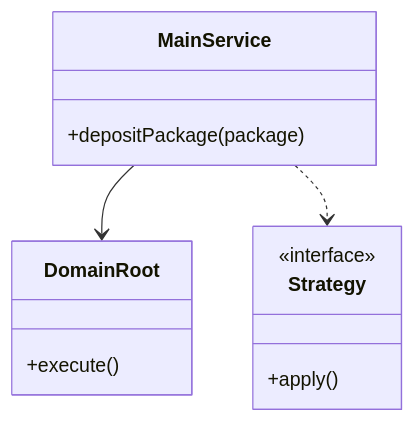
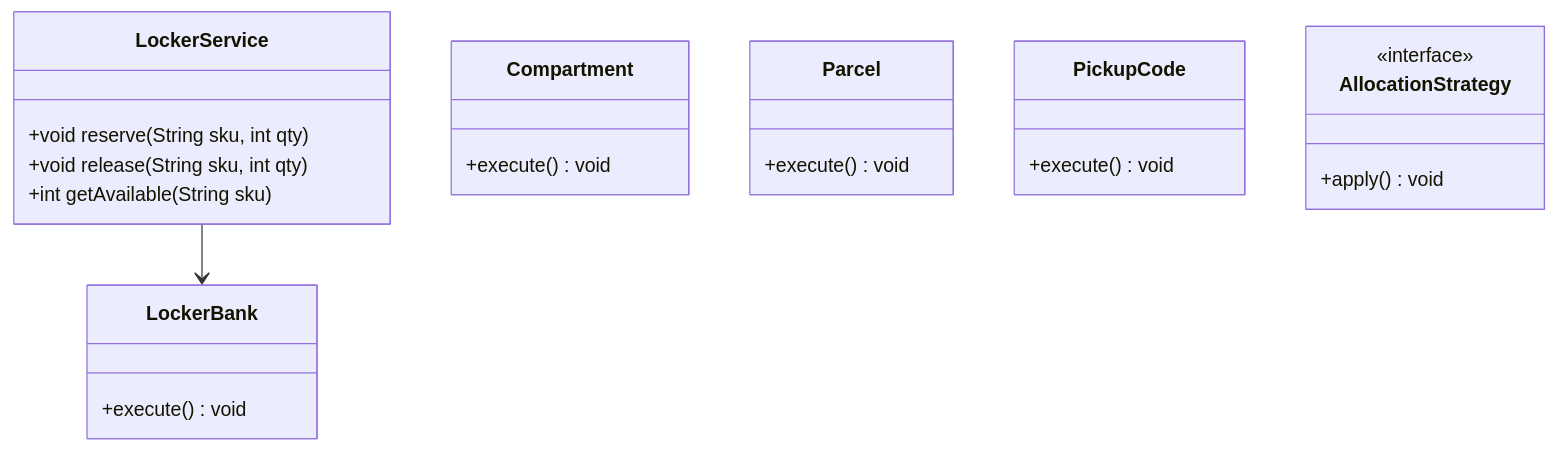
The first of 3 diagrams in Learn/System Design - Low Level Design/02-classic-ood/questions/Q32-warehouse-locker.md (madhupaila/Interview-Prep-SSE), drawn with Mermaid before and after one commit. The commit also changed other lines of this file and 491 other files, not shown here.

````diff
--- a/Learn/System Design - Low Level Design/02-classic-ood/questions/Q32-warehouse-locker.md
+++ b/Learn/System Design - Low Level Design/02-classic-ood/questions/Q32-warehouse-locker.md
@@ -75,15 +92,25 @@
 ```mermaid
 classDiagram
-    class MainService {
-        +depositPackage(package)
+    class LockerService {
+        +void reserve(String sku, int qty)
+        +void release(String sku, int qty)
+        +int getAvailable(String sku)
     }
-    class DomainRoot {
-        +execute()
+    class LockerBank {
+        +execute() void
     }
-    class Strategy {
+    class Compartment {
+        +execute() void
+    }
+    class Parcel {
+        +execute() void
+    }
+    class PickupCode {
+        +execute() void
+    }
+    class AllocationStrategy {
         <<interface>>
-        +apply()
+        +apply() void
     }
-    MainService --> DomainRoot
-    MainService ..> Strategy
+    LockerService --> LockerBank
 ```
````
